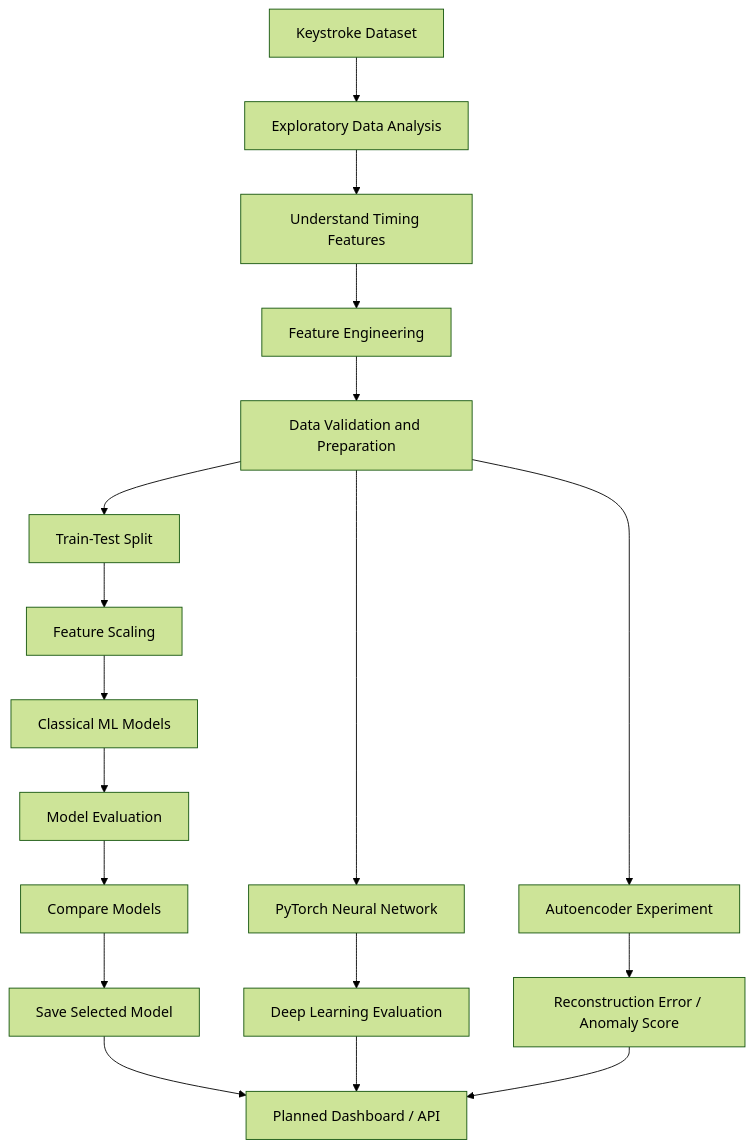
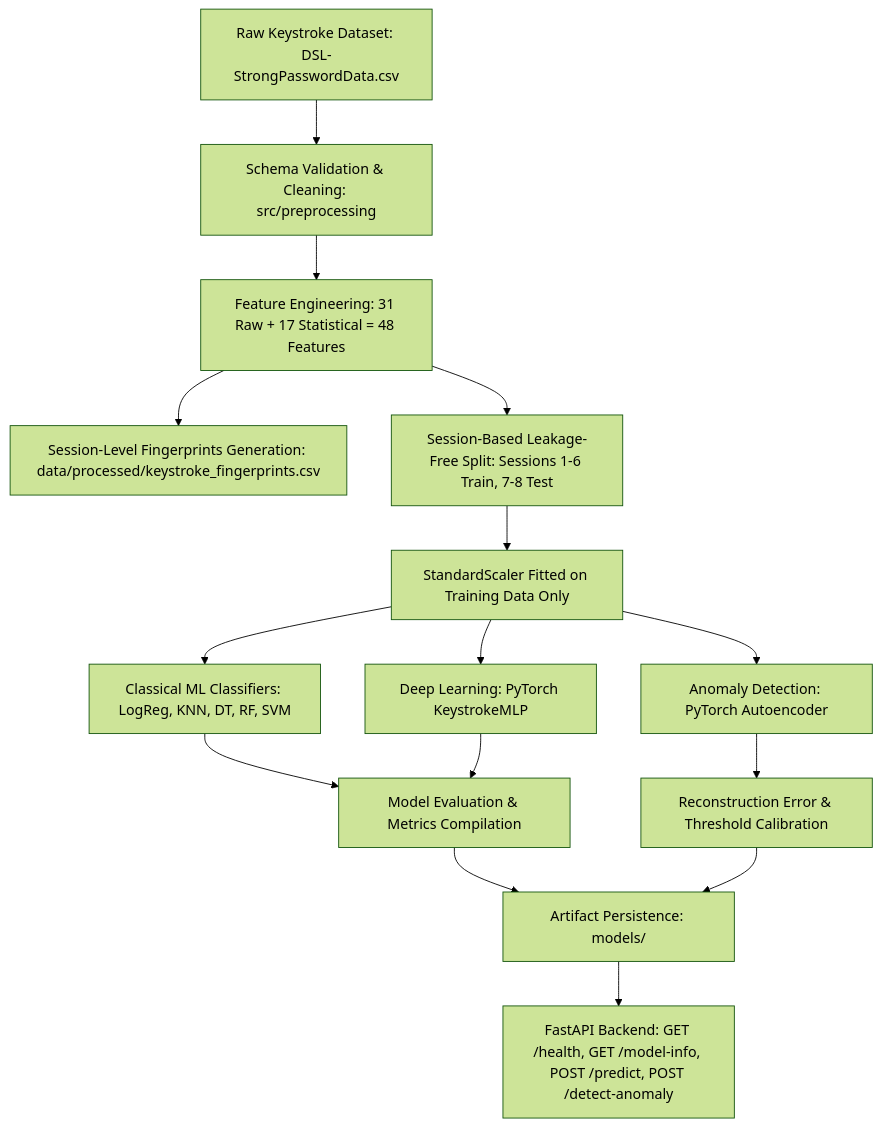
One commit to sat-06/Digital_Behavior_Fingerprint changed the diagram in README.md. Above: the diagram before and after it, drawn with Mermaid (forest theme). The commit also changed other lines of this file and 38 other files, not shown here.

````diff
--- a/README.md
+++ b/README.md
@@ -76,20 +78,17 @@
 ```mermaid
 flowchart TD
-    A[Keystroke Dataset] --> B[Exploratory Data Analysis]
-    B --> C[Understand Timing Features]
-    C --> D[Feature Engineering]
-    D --> E[Data Validation and Preparation]
-    E --> F[Train-Test Split]
-    F --> G[Feature Scaling]
-    G --> H[Classical ML Models]
-    H --> I[Model Evaluation]
-    I --> J[Compare Models]
-    J --> K[Save Selected Model]
-    E --> L[PyTorch Neural Network]
-    L --> M[Deep Learning Evaluation]
-    E --> N[Autoencoder Experiment]
-    N --> O[Reconstruction Error / Anomaly Score]
-    K --> P[Planned Dashboard / API]
-    M --> P
-    O --> P
+    A[Raw Keystroke Dataset: DSL-StrongPasswordData.csv] --> B[Schema Validation & Cleaning: src/preprocessing]
+    B --> C[Feature Engineering: 31 Raw + 17 Statistical = 48 Features]
+    C --> D[Session-Level Fingerprints Generation: data/processed/keystroke_fingerprints.csv]
+    C --> E[Session-Based Leakage-Free Split: Sessions 1-6 Train, 7-8 Test]
+    E --> F[StandardScaler Fitted on Training Data Only]
+    F --> G1[Classical ML Classifiers: LogReg, KNN, DT, RF, SVM]
+    F --> G2[Deep Learning: PyTorch KeystrokeMLP]
+    F --> G3[Anomaly Detection: PyTorch Autoencoder]
+    G1 --> H[Model Evaluation & Metrics Compilation]
+    G2 --> H
+    G3 --> I[Reconstruction Error & Threshold Calibration]
+    H --> J[Artifact Persistence: models/]
+    I --> J
+    J --> K[FastAPI Backend: GET /health, GET /model-info, POST /predict, POST /detect-anomaly]
 ```
````
